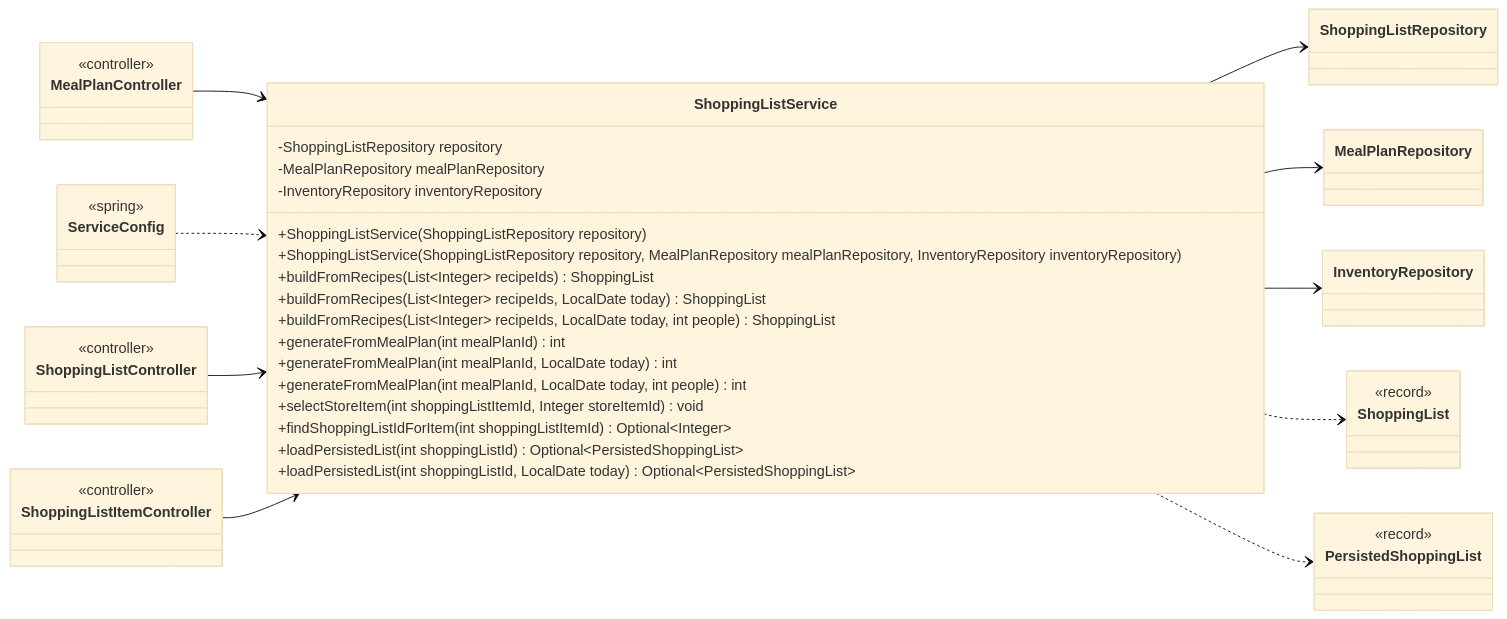
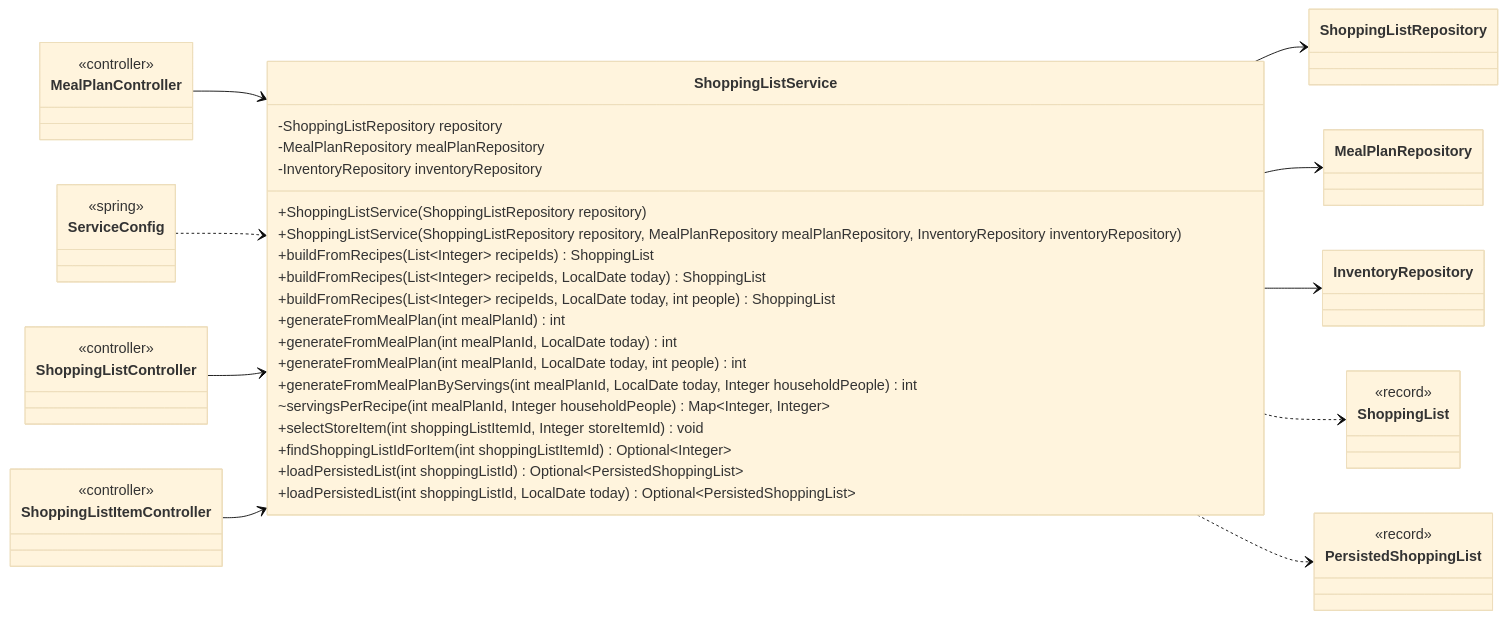
One commit to Nate-ryan-7690/dahaem changed the tenth of 12 diagrams in docs/classes/shopping.md. Above: the diagram before and after it, drawn with Mermaid (base theme). The commit also changed other lines of this file and 4 other files, not shown here.

````diff
--- a/docs/classes/shopping.md
+++ b/docs/classes/shopping.md
@@ -421,51 +423,53 @@
 ```mermaid
 classDiagram
     direction LR
     class shopping_ShoppingListService["ShoppingListService"] {
         -ShoppingListRepository repository
         -MealPlanRepository mealPlanRepository
         -InventoryRepository inventoryRepository
         +ShoppingListService(ShoppingListRepository repository)
         +ShoppingListService(ShoppingListRepository repository, MealPlanRepository mealPlanRepository, InventoryRepository inventoryRepository)
         +buildFromRecipes(List~Integer~ recipeIds) ShoppingList
         +buildFromRecipes(List~Integer~ recipeIds, LocalDate today) ShoppingList
         +buildFromRecipes(List~Integer~ recipeIds, LocalDate today, int people) ShoppingList
         +generateFromMealPlan(int mealPlanId) int
         +generateFromMealPlan(int mealPlanId, LocalDate today) int
         +generateFromMealPlan(int mealPlanId, LocalDate today, int people) int
+        +generateFromMealPlanByServings(int mealPlanId, LocalDate today, Integer householdPeople) int
+        ~servingsPerRecipe(int mealPlanId, Integer householdPeople) Map~Integer, Integer~
         +selectStoreItem(int shoppingListItemId, Integer storeItemId) void
         +findShoppingListIdForItem(int shoppingListItemId) Optional~Integer~
         +loadPersistedList(int shoppingListId) Optional~PersistedShoppingList~
         +loadPersistedList(int shoppingListId, LocalDate today) Optional~PersistedShoppingList~
     }
     class shopping_ShoppingListRepository["ShoppingListRepository"]
     class mealplanner_MealPlanRepository["MealPlanRepository"]
     class inventory_InventoryRepository["InventoryRepository"]
     class api_MealPlanController["MealPlanController"] {
         <<controller>>
     }
     class api_ShoppingListController["ShoppingListController"] {
         <<controller>>
     }
     class api_ShoppingListItemController["ShoppingListItemController"] {
         <<controller>>
     }
     class shopping_ShoppingList["ShoppingList"] {
         <<record>>
     }
     class shopping_PersistedShoppingList["PersistedShoppingList"] {
         <<record>>
     }
     class api_ServiceConfig["ServiceConfig"] {
         <<spring>>
     }
     shopping_ShoppingListService --> shopping_ShoppingListRepository
     shopping_ShoppingListService --> mealplanner_MealPlanRepository
     shopping_ShoppingListService --> inventory_InventoryRepository
     shopping_ShoppingListService ..> shopping_ShoppingList
     shopping_ShoppingListService ..> shopping_PersistedShoppingList
     api_MealPlanController --> shopping_ShoppingListService
     api_ServiceConfig ..> shopping_ShoppingListService
     api_ShoppingListController --> shopping_ShoppingListService
     api_ShoppingListItemController --> shopping_ShoppingListService
 ```
````
